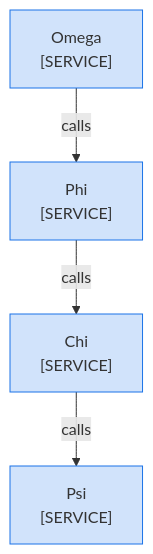
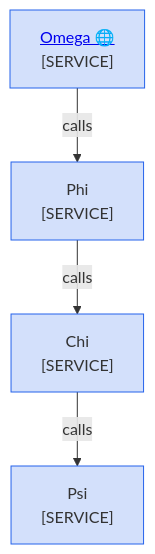
Before and after one commit to choonchernlim/skills: the diagram in skills/docsmith/scripts/fixtures/bad/node-b.md, drawn with Mermaid. The commit also changed other lines of this file and 127 other files, not shown here.

````diff
--- a/skills/docsmith/scripts/fixtures/bad/node-b.md
+++ b/skills/docsmith/scripts/fixtures/bad/node-b.md
@@ -12,13 +12,14 @@
 ```mermaid
 graph TD
-  Omega["Omega<br/>[SERVICE]"]
+  %%{init: {"themeCSS": ".cluster-label, .cluster-label div, .cluster-label span, .cluster-label p { text-align: center !important; }", "flowchart": {"curve": "rounded", "subGraphTitleMargin": {"top": 6, "bottom": 30}}}}%%
+  Omega["<a href='link.md'>Omega 🌐</a><br/>[SERVICE]"]
   Phi["Phi<br/>[SERVICE]"]
   Chi["Chi<br/>[SERVICE]"]
   Psi["Psi<br/>[SERVICE]"]
   Omega -->|"calls"| Phi
   Phi -->|"calls"| Chi
   Chi -->|"calls"| Psi
 
   class Omega,Phi,Chi,Psi own
-  classDef own fill:#1a73e833,stroke:#1a73e8
+  classDef own fill:#2563eb33,stroke:#2563eb
 ```
````
